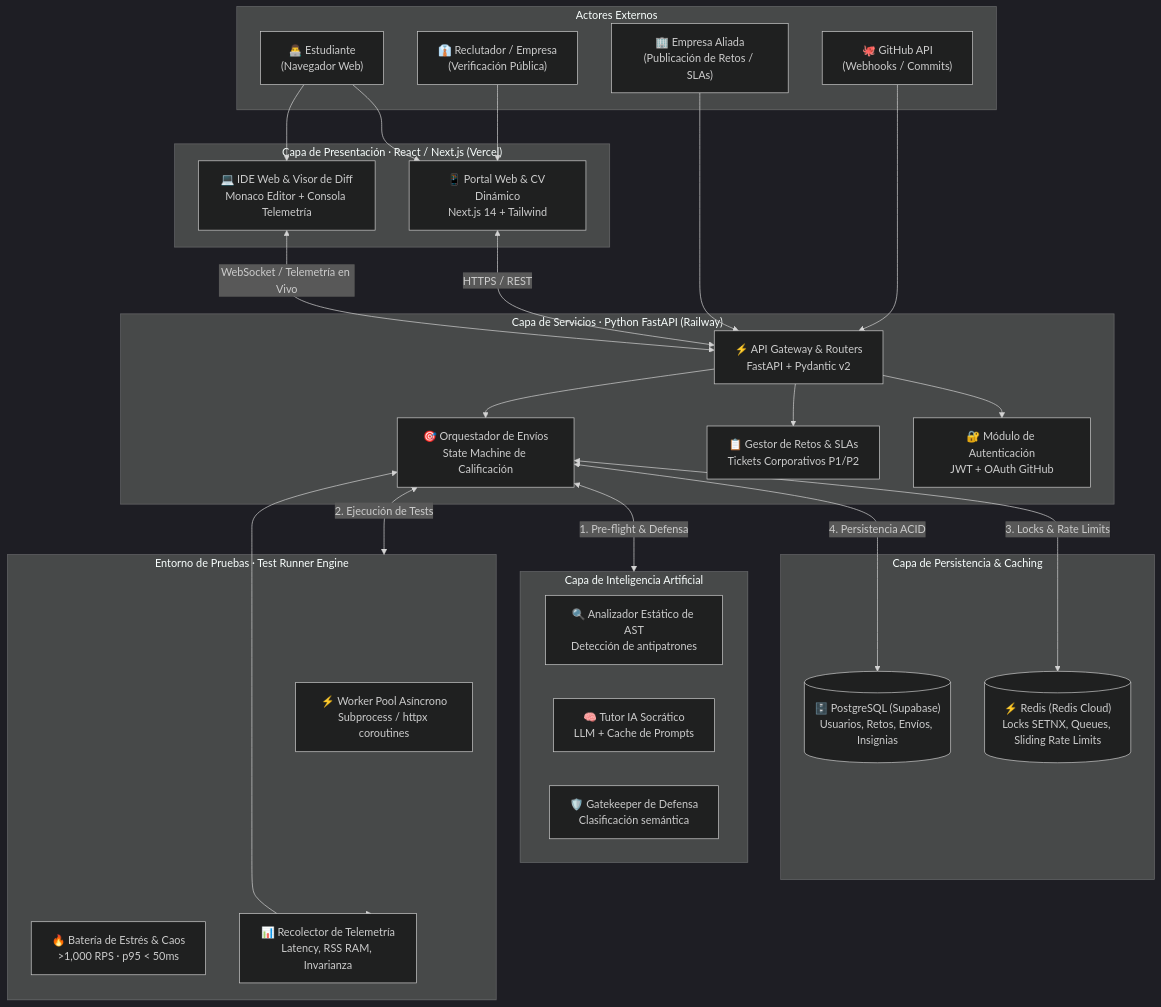
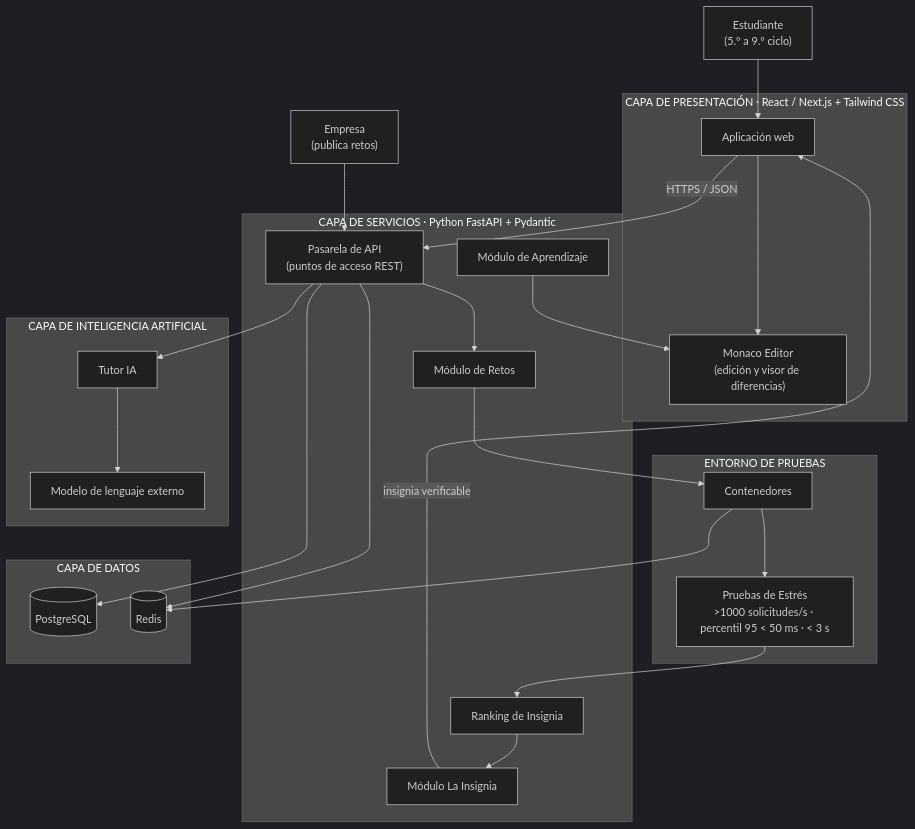
One commit to MizardB/Hackhaton changed the first of 4 diagrams in docs/architecture.md. Above: the diagram before and after it, drawn with Mermaid (dark theme). The commit also changed other lines of this file, not shown here.

Commit message:
docs: consolidar arquitectura tecnica y modelo de base de datos

````diff
--- a/docs/architecture.md
+++ b/docs/architecture.md
@@ -27,62 +28,50 @@
 ```mermaid
-graph TB
-    subgraph ACTORES["Actores Externos"]
-        EST["👨‍💻 Estudiante<br/>(Navegador Web)"]
-        REC["👔 Reclutador / Empresa<br/>(Verificación Pública)"]
-        EMP["🏢 Empresa Aliada<br/>(Publicación de Retos / SLAs)"]
-        GH["🐙 GitHub API<br/>(Webhooks / Commits)"]
+flowchart TB
+    Estudiante["Estudiante<br/>(5.º a 9.º ciclo)"]
+    Empresa["Empresa<br/>(publica retos)"]
+
+    subgraph PRESENTACION["CAPA DE PRESENTACIÓN · React / Next.js + Tailwind CSS"]
+        WebUI["Aplicación web"]
+        Monaco["Monaco Editor<br/>(edición y visor de diferencias)"]
     end
 
-    subgraph PRESENTACION["Capa de Presentación · React / Next.js (Vercel)"]
-        FE["📱 Portal Web & CV Dinámico<br/>Next.js 14 + Tailwind"]
-        IDE["💻 IDE Web & Visor de Diff<br/>Monaco Editor + Consola Telemetría"]
+    subgraph SERVICIOS["CAPA DE SERVICIOS · Python FastAPI + Pydantic"]
+        Gateway["Pasarela de API<br/>(puntos de acceso REST)"]
+        MRetos["Módulo de Retos"]
+        Ranking["Ranking de Insignia"]
+        MInsignia["Módulo La Insignia"]
+        MAprendizaje["Módulo de Aprendizaje"]
     end
 
-    subgraph SERVICIOS["Capa de Servicios · Python FastAPI (Railway)"]
-        GW["⚡ API Gateway & Routers<br/>FastAPI + Pydantic v2"]
-        AUTH["🔐 Módulo de Autenticación<br/>JWT + OAuth GitHub"]
-        CHALLENGE["📋 Gestor de Retos & SLAs<br/>Tickets Corporativos P1/P2"]
-        ORCHESTRATOR["🎯 Orquestador de Envíos<br/>State Machine de Calificación"]
+    subgraph PRUEBAS["ENTORNO DE PRUEBAS"]
+        Contenedores["Contenedores"]
+        Stress["Pruebas de Estrés<br/>&gt;1000 solicitudes/s · percentil 95 &lt; 50 ms · &lt; 3 s"]
     end
 
-    subgraph RUNNER_ENGINE["Entorno de Pruebas · Test Runner Engine"]
-        WORKERS["⚡ Worker Pool Asíncrono<br/>Subprocess / httpx coroutines"]
-        STRESS["🔥 Batería de Estrés & Caos<br/>&gt;1,000 RPS · p95 &lt; 50ms"]
-        TELEMETRY["📊 Recolector de Telemetría<br/>Latency, RSS RAM, Invarianza"]
+    subgraph IA["CAPA DE INTELIGENCIA ARTIFICIAL"]
+        Tutor["Tutor IA"]
+        LLM["Modelo de lenguaje externo"]
     end
 
-    subgraph IA_CORE["Capa de Inteligencia Artificial"]
-        AST_SVC["🔍 Analizador Estático de AST<br/>Detección de antipatrones"]
-        SOCRATIC["🧠 Tutor IA Socrático<br/>LLM + Cache de Prompts"]
-        GATEKEEPER["🛡️ Gatekeeper de Defensa<br/>Clasificación semántica"]
+    subgraph DATOS["CAPA DE DATOS"]
+        PG[("PostgreSQL")]
+        RDS[("Redis")]
     end
 
-    subgraph DATOS["Capa de Persistencia & Caching"]
-        PG[("🗄️ PostgreSQL (Supabase)<br/>Usuarios, Retos, Envíos, Insignias")]
-        RD[("⚡ Redis (Redis Cloud)<br/>Locks SETNX, Queues, Sliding Rate Limits")]
-    end
-
-    %% Relaciones de Entrada
-    EST --> FE
-    EST --> IDE
-    REC --> FE
-    EMP --> GW
-    GH --> GW
-
-    %% Comunicación Front-Back
-    FE <-->|HTTPS / REST| GW
-    IDE <-->|WebSocket / Telemetría en Vivo| GW
-
-    %% Orquestación Interna
-    GW --> AUTH
-    GW --> CHALLENGE
-    GW --> ORCHESTRATOR
-
-    ORCHESTRATOR <-->|1. Pre-flight & Defensa| IA_CORE
-    ORCHESTRATOR <-->|2. Ejecución de Tests| RUNNER_ENGINE
-    ORCHESTRATOR <-->|3. Locks & Rate Limits| RD
-    ORCHESTRATOR <-->|4. Persistencia ACID| PG
-
-    RUNNER_ENGINE --> TELEMETRY
-    TELEMETRY --> ORCHESTRATOR
+    Estudiante --> WebUI
+    Empresa --> Gateway
+    WebUI --> Monaco
+    WebUI -- HTTPS / JSON --> Gateway
+    Gateway --> MRetos
+    MRetos --> Contenedores
+    Contenedores --> Stress
+    Stress --> Ranking
+    Ranking --> MInsignia
+    MInsignia -- insignia verificable --> WebUI
+    Gateway --> Tutor
+    Tutor --> LLM
+    Gateway --> PG
+    Gateway --> RDS
+    Contenedores --> RDS
+    MAprendizaje --> Monaco
 ```
````
